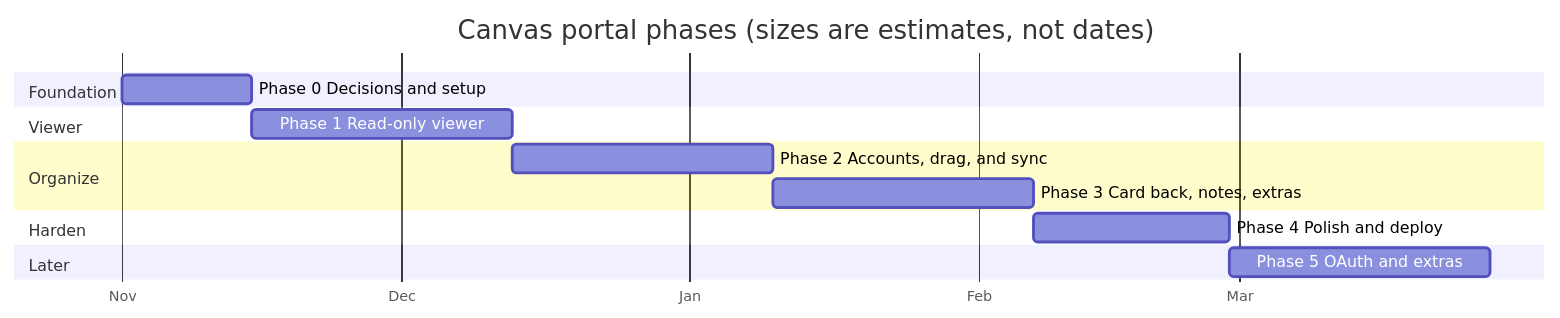
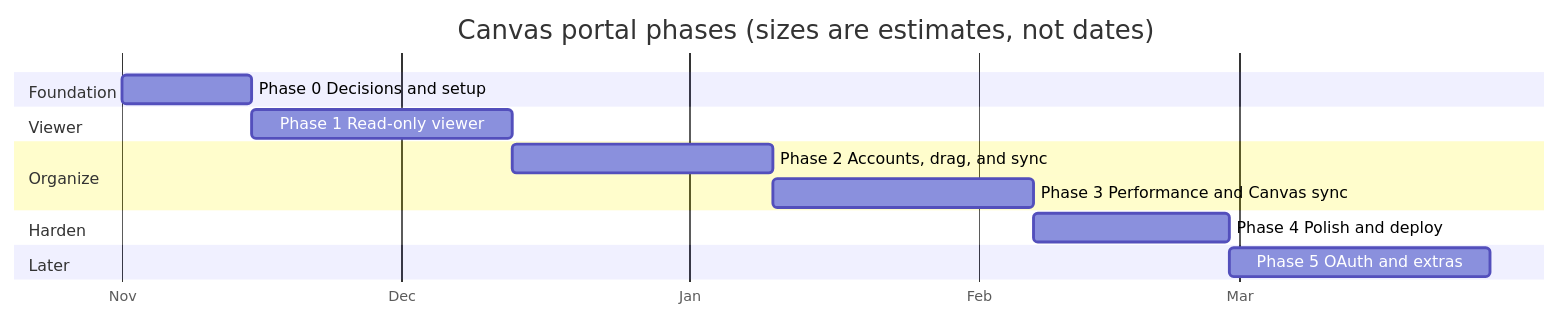
One commit to bbranton/TestProj changed the diagram in docs/canvas-portal/01-roadmap.md. Above: the diagram before and after it, drawn with Mermaid. The commit also changed other lines of this file and 4 other files, not shown here.

First line of the commit message:
Make Phase 3 about performance and Canvas sync

````diff
--- a/docs/canvas-portal/01-roadmap.md
+++ b/docs/canvas-portal/01-roadmap.md
@@ -21,17 +21,17 @@
 ```mermaid
 gantt
     title Canvas portal phases (sizes are estimates, not dates)
     dateFormat  YYYY-MM-DD
     axisFormat  %b
     section Foundation
     Phase 0 Decisions and setup      :p0, 2026-11-01, 14d
     section Viewer
     Phase 1 Read-only viewer         :p1, after p0, 28d
     section Organize
     Phase 2 Accounts, drag, and sync :p2, after p1, 28d
-    Phase 3 Card back, notes, extras :p3, after p2, 28d
+    Phase 3 Performance and Canvas sync :p3, after p2, 28d
     section Harden
     Phase 4 Polish and deploy        :p4, after p3, 21d
     section Later
     Phase 5 OAuth and extras         :p5, after p4, 28d
 ```
````
